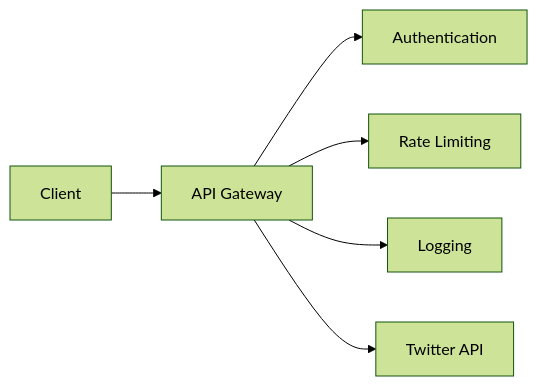
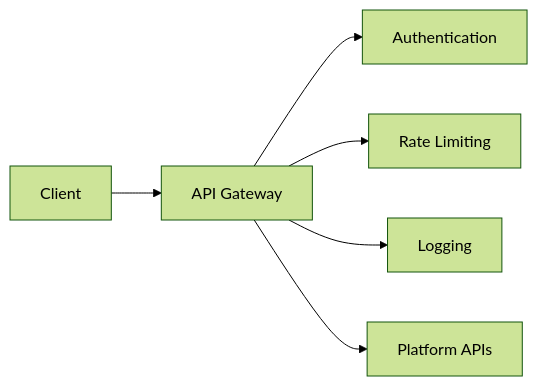
Before and after one commit to open-crosspost/open-crosspost-proxy-service: the third of 17 diagrams in memory-bank/systemPatterns.md, drawn with Mermaid (forest theme). The commit also changed other lines of this file and 87 other files, not shown here.

````diff
--- a/memory-bank/systemPatterns.md
+++ b/memory-bank/systemPatterns.md
@@ -32,8 +47,8 @@
 ```mermaid
 flowchart LR
     Client[Client] --> Gateway[API Gateway]
     Gateway --> Auth[Authentication]
     Gateway --> Rate[Rate Limiting]
     Gateway --> Log[Logging]
-    Gateway --> Twitter[Twitter API]
+    Gateway --> Platform[Platform APIs]
 ```
````
